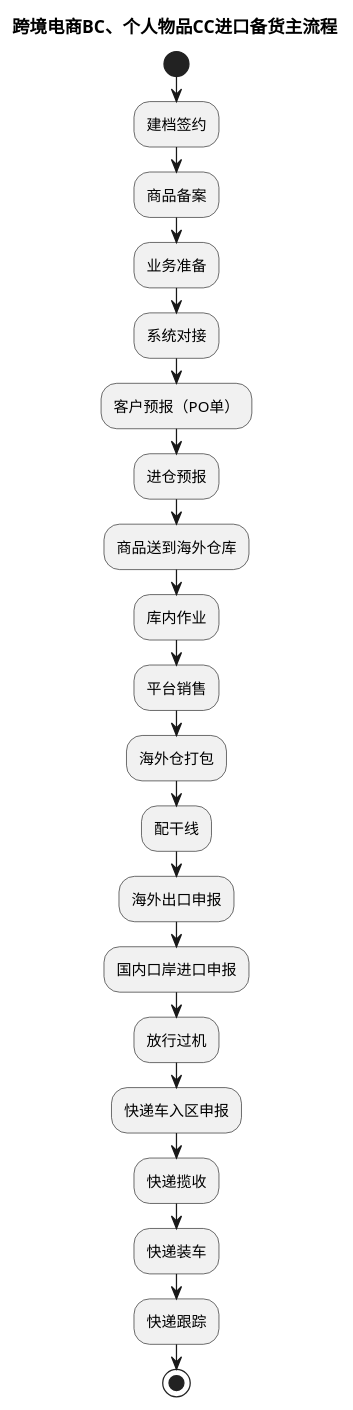
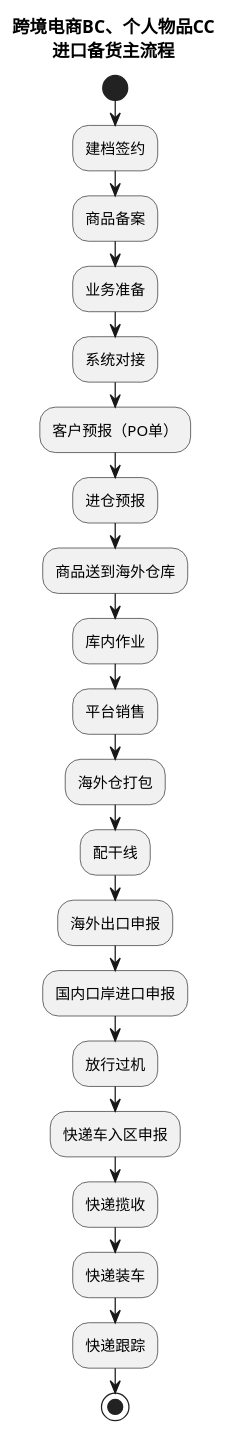
One commit to jack888332/projects-doc changed the fifth of 7 diagrams in product-caliber/goldjet/segmented-prd/mainflow/PRD.高捷物流系统一期.主流程.01.业务模式主流程总览.md. Above: the diagram before and after it, drawn with PlantUML. The commit also changed other lines of this file and 20 other files, not shown here.

Commit message:
优化流程表对应的DLS图

````diff
--- a/product-caliber/goldjet/segmented-prd/mainflow/PRD.高捷物流系统一期.主流程.01.业务模式主流程总览.md
+++ b/product-caliber/goldjet/segmented-prd/mainflow/PRD.高捷物流系统一期.主流程.01.业务模式主流程总览.md
@@ -112,25 +122,26 @@
 ```plantuml
 @startuml
-title 跨境电商BC、个人物品CC进口备货主流程
+skinparam activityDiamondBackgroundColor #FFF4CC
+title 跨境电商BC、个人物品CC\n进口备货主流程
 start
 :建档签约;
 :商品备案;
 :业务准备;
 :系统对接;
 :客户预报（PO单）;
 :进仓预报;
 :商品送到海外仓库;
 :库内作业;
 :平台销售;
 :海外仓打包;
 :配干线;
 :海外出口申报;
 :国内口岸进口申报;
 :放行过机;
 :快递车入区申报;
 :快递揽收;
 :快递装车;
 :快递跟踪;
 stop
 @enduml
 ```
````
